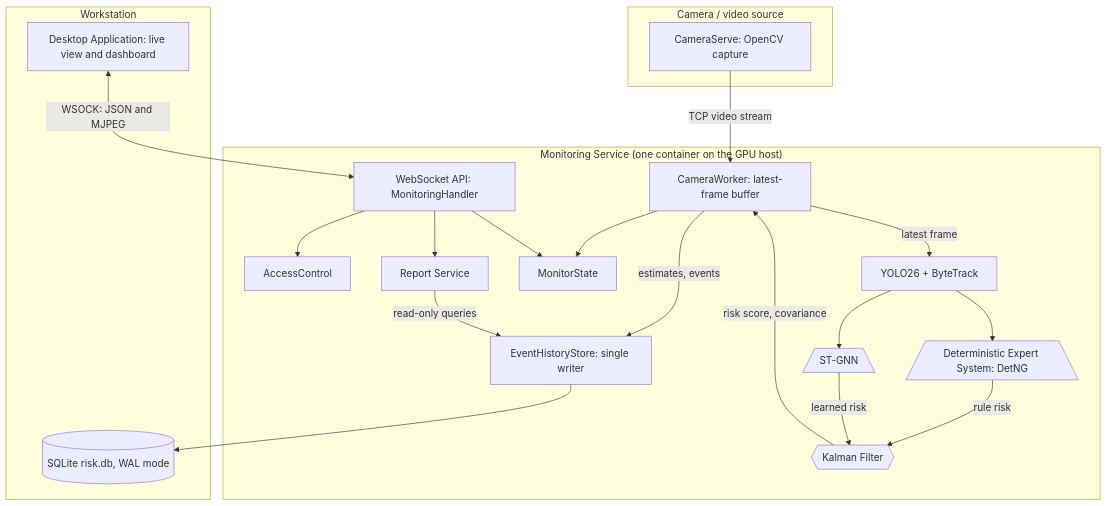
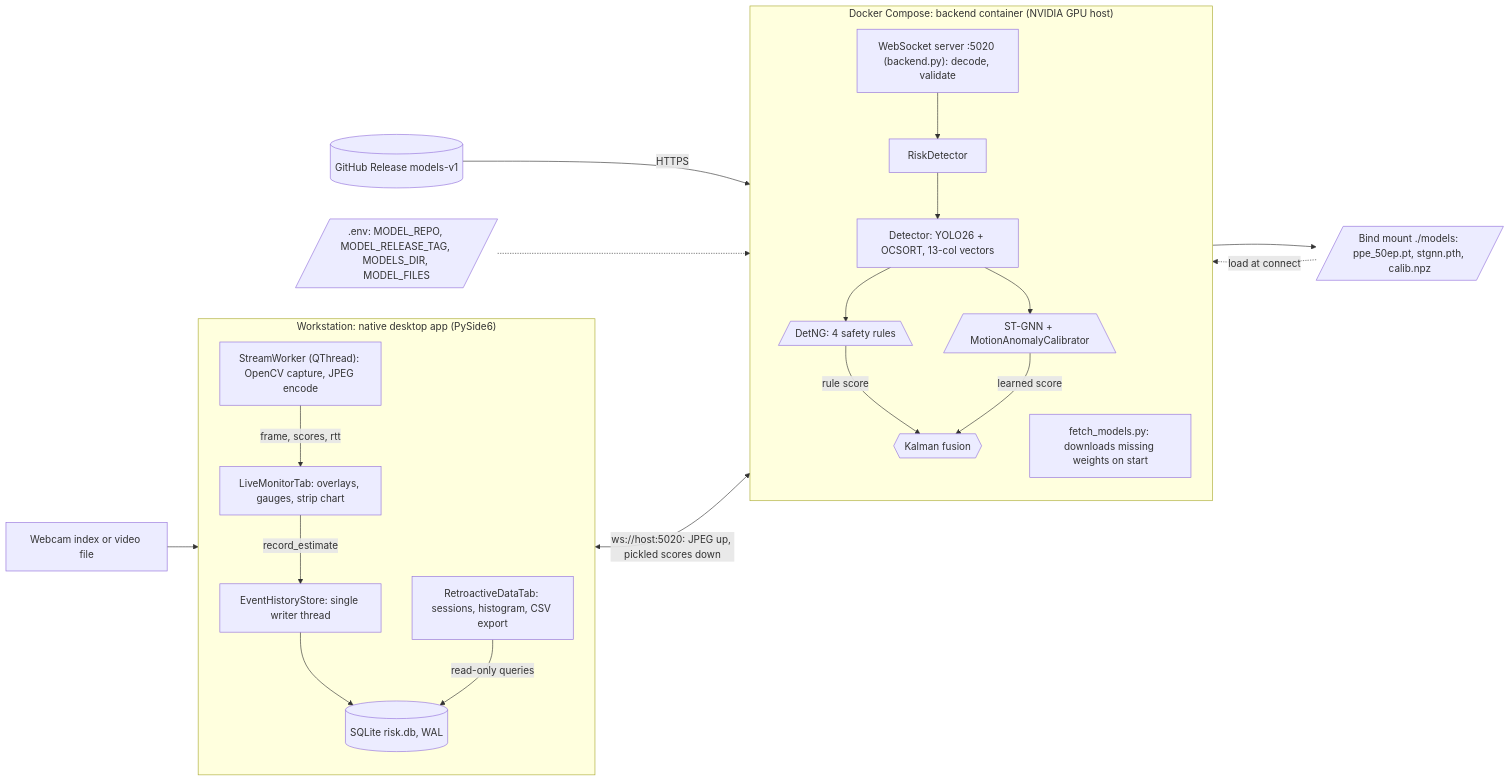
One commit to ggarciabaez/liveleak changed the diagram in docs/diagrams/container.mermaid. Above: the diagram before and after it, drawn with Mermaid. The commit also changed 58 other files, not shown here.

```diff
--- a/docs/diagrams/container.mermaid
+++ b/docs/diagrams/container.mermaid
@@ -1,39 +1,41 @@
-flowchart TD
-    subgraph SITE["Camera / video source"]
-        CAM["CameraServe: OpenCV capture"]
+flowchart LR
+    SRC["Webcam index or video file"]
+
+    subgraph WS["Workstation: native desktop app (PySide6)"]
+        direction TB
+        LM["LiveMonitorTab: overlays, gauges, strip chart"]
+        SW["StreamWorker (QThread): OpenCV capture, JPEG encode"]
+        RT["RetroactiveDataTab: sessions, histogram, CSV export"]
+        EH["EventHistoryStore: single writer thread"]
+        DB[("SQLite risk.db, WAL")]
+        SW -->|" frame, scores, rtt "| LM
+        LM -->|" record_estimate "| EH
+        EH --> DB
+        RT -->|" read-only queries "| DB
     end
 
-    subgraph SRV["Monitoring Service (one container on the GPU host)"]
-        API["WebSocket API: MonitoringHandler"]
-        AC["AccessControl"]
-        CW["CameraWorker: latest-frame buffer"]
-        YOLO["YOLO26 + ByteTrack"]
-        DES[/"Deterministic Expert System: DetNG"\]
-        STGNN[/"ST-GNN"\]
-        KF{{"Kalman Filter"}}
-        STATE["MonitorState"]
-        REP["Report Service"]
-        EH["EventHistoryStore: single writer"]
-
+    subgraph DK["Docker Compose: backend container (NVIDIA GPU host)"]
+        direction TB
+        WSS["WebSocket server :5020 (backend.py): decode, validate"]
+        RD["RiskDetector"]
+        DET["Detector: YOLO26 + OCSORT, 13-col vectors"]
+        DNG[/"DetNG: 4 safety rules"\]
+        ST[/"ST-GNN + MotionAnomalyCalibrator"\]
+        KF{{"Kalman fusion"}}
+        FM["fetch_models.py: downloads missing weights on start"]
+        WSS --> RD --> DET
+        DET --> DNG
+        DET --> ST
+        DNG -->|" rule score "| KF
+        ST -->|" learned score "| KF
     end
 
-    subgraph WS["Workstation"]
-        APP["Desktop Application: live view and dashboard"]
-      DB[("SQLite risk.db, WAL mode")]
-    end
-
-    CAM -->|"TCP video stream"| CW
-    CW -->|"latest frame"| YOLO
-    YOLO --> DES
-    YOLO --> STGNN
-    DES -->|"rule risk"| KF
-    STGNN -->|"learned risk"| KF
-    KF -->|"risk score, covariance"| CW
-    CW --> STATE
-    CW -->|"estimates, events"| EH
-    EH --> DB
-    REP -->|"read-only queries"| EH
-    APP <-->|"WSOCK: JSON and MJPEG"| API
-    API --> AC
-    API --> STATE
-    API --> REP
+    VOL[/"Bind mount ./models: ppe_50ep.pt, stgnn.pth, calib.npz"/]
+    GHR[("GitHub Release models-v1")]
+    ENVF[/".env: MODEL_REPO, MODEL_RELEASE_TAG, MODELS_DIR, MODEL_FILES"/]
+    SRC --> SW
+    SW <-->|" ws://host:5020: JPEG up, pickled scores down "| WSS
+    GHR -->|" HTTPS "| FM
+    FM --> VOL
+    VOL -.->|" load at connect "| RD
+    ENVF -.-> DK
```
